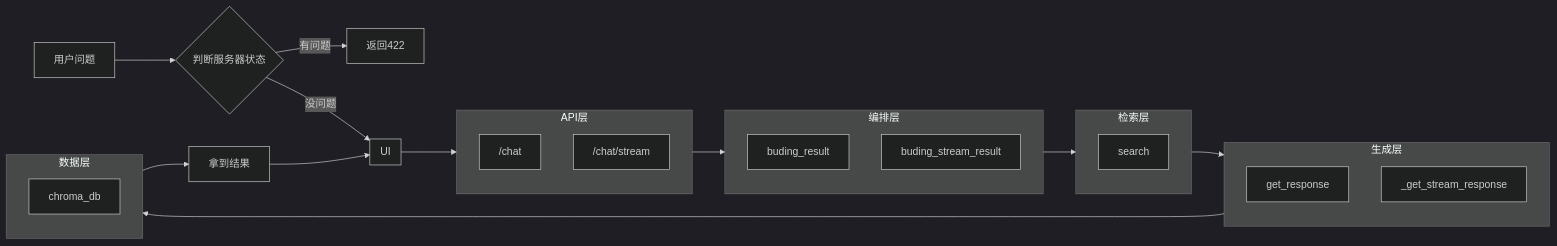
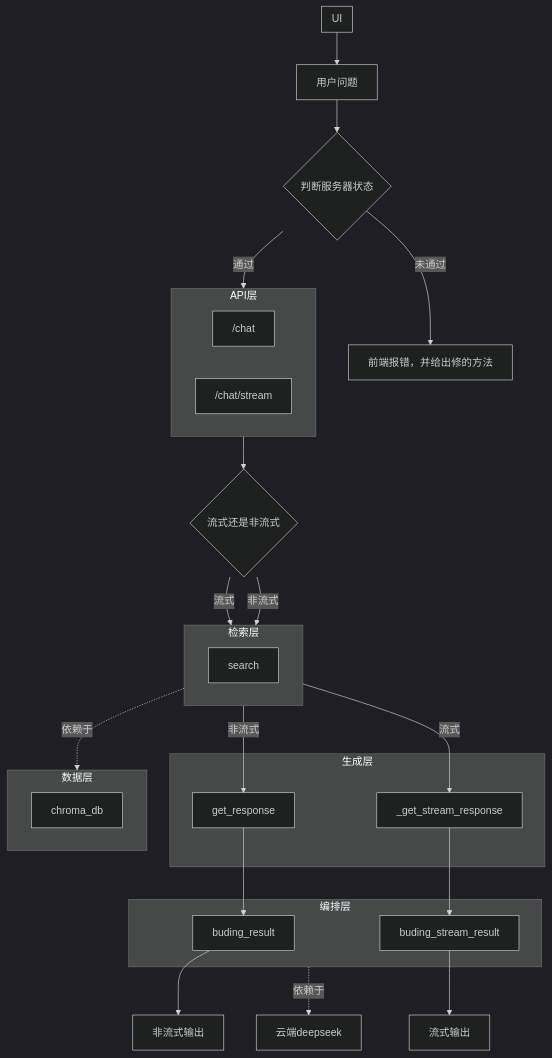
Before and after one commit to kzymc/study: the second of 2 diagrams in day07.md, drawn with Mermaid (dark theme). The commit also changed other lines of this file and 1 other file, not shown here.

Commit message:
feat: 修改 fetch_once 函数以返回包含 Citation 的元组；更新引用显示格式以提供更清晰的信息

````diff
--- a/day07.md
+++ b/day07.md
@@ -76,26 +77,29 @@
 ```mermaid
-flowchart LR
-G["用户问题"]-->H{"判断服务器状态"}
-H--有问题-->J[返回422]
-H--没问题-->A-->B-->C-->D-->E-->F-->I["拿到结果"]-->A
+flowchart TD
+A-->G["用户问题"]-->H{"判断服务器状态"}--未通过-->K["前端报错，并给出修的方法"]
+H--通过-->B
+B-->L{"流式还是非流式"}--流式-->D--非流式-->get_response-->buding_result-->非流式输出
+L--非流式-->D--流式-->_get_stream_response-->buding_stream_result-->流式输出
 subgraph A[UI]
 end
 subgraph B[API层]
 /chat
 /chat/stream
 end
+C-.依赖于.->M["云端deepseek"]
 subgraph C[编排层]
 buding_result
 buding_stream_result
 end
+D-.依赖于.->F
 subgraph D[检索层]
 search
 end
 subgraph E[生成层]
 get_response
 _get_stream_response
 end
 subgraph F[数据层]
 chroma_db
 end
 ```
````
